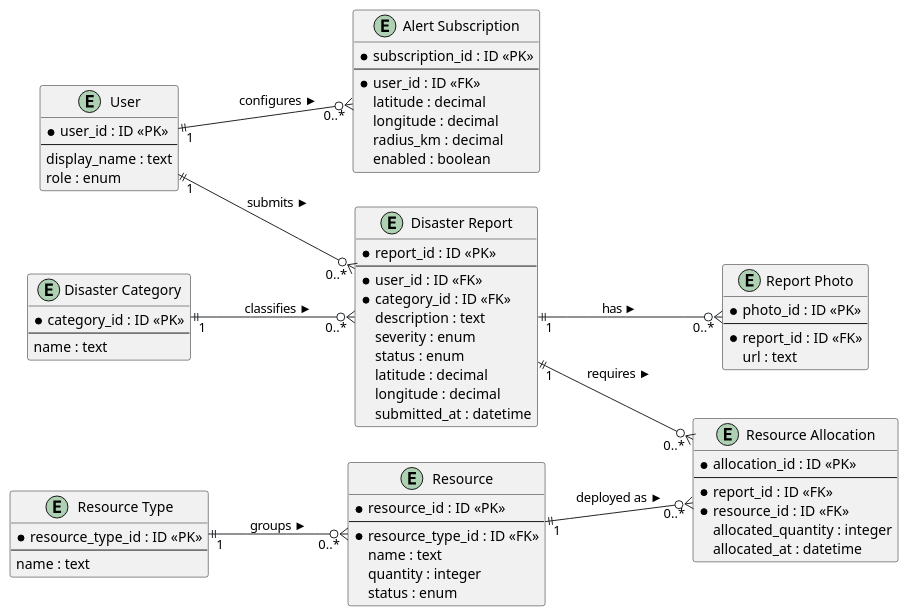
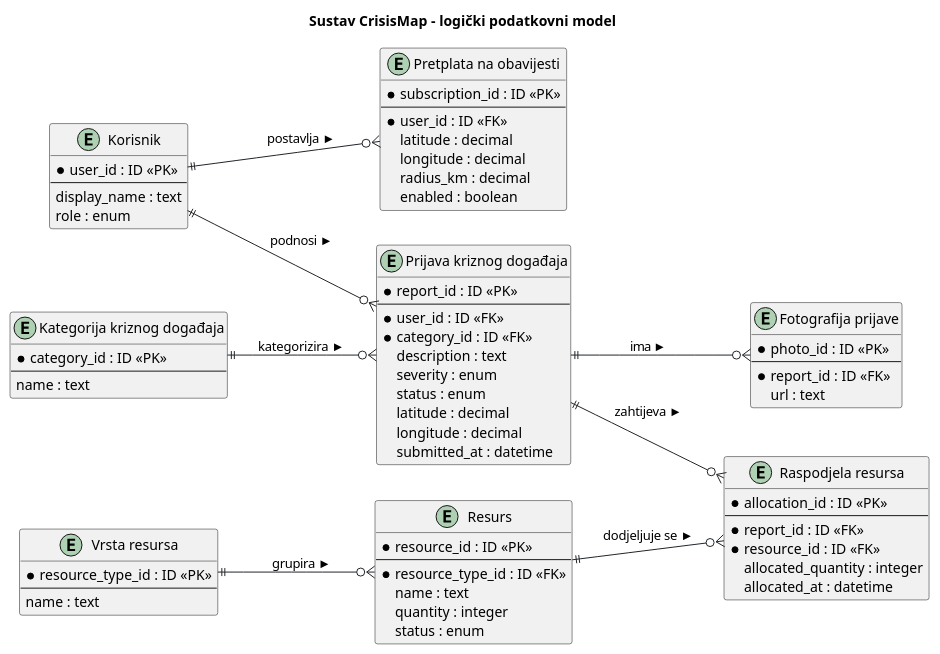
One commit to VladoSruk/Programsko-inzenjerstvo changed the diagram in docs/puml/4-2-crisismap-data-ERD.puml. Above: the diagram before and after it, drawn with PlantUML. The commit also changed other lines of this file and 9 other files, not shown here.

First line of the commit message:
docs(uml): osvježi i standardiziraj CrisisMap UML dokumentaciju

```diff
--- a/docs/puml/4-2-crisismap-data-ERD.puml
+++ b/docs/puml/4-2-crisismap-data-ERD.puml
@@ -41,130 +19,115 @@
 @startuml
-
-' ==============================================================================
-' Diagram Layout and Style
-' ==============================================================================
-
+title Sustav CrisisMap – logički podatkovni model
 left to right direction
 
 skinparam shadowing false
 skinparam defaultFontName Arial
+skinparam ArrowColor #212529
 
 skinparam entity {
     BackgroundColor #E7F1FF
     BorderColor #0D6EFD
     FontColor #212529
 }
 
-skinparam note {
-    BackgroundColor #F8F9FA
-    BorderColor #212529
-    FontColor #212529
-}
-
-skinparam ArrowColor #212529
-
 ' ==============================================================================
-' Core User Entity
+' Korisnik
 ' ==============================================================================
 
-entity "User" as User {
+entity "Korisnik" as User {
     * user_id : ID <<PK>>
     --
     display_name : text
     role : enum
 }
 
 ' ==============================================================================
-' Disaster Reporting Entities
+' Prijave kriznih događaja
 ' ==============================================================================
 
-entity "Disaster Report" as Report {
+entity "Prijava kriznog događaja" as Report {
     * report_id : ID <<PK>>
     --
     * user_id : ID <<FK>>
     * category_id : ID <<FK>>
     description : text
     severity : enum
     status : enum
     latitude : decimal
     longitude : decimal
     submitted_at : datetime
 }
 
-entity "Disaster Category" as Category {
+entity "Kategorija kriznog događaja" as Category {
     * category_id : ID <<PK>>
     --
     name : text
 }
 
-entity "Report Photo" as Photo {
+entity "Fotografija prijave" as Photo {
     * photo_id : ID <<PK>>
     --
     * report_id : ID <<FK>>
     url : text
 }
 
 ' ==============================================================================
-' Resource Entities
+' Resursi
 ' ==============================================================================
 
-entity "Resource" as Resource {
+entity "Resurs" as Resource {
     * resource_id : ID <<PK>>
     --
     * resource_type_id : ID <<FK>>
     name : text
     quantity : integer
     status : enum
 }
 
-entity "Resource Type" as ResourceType {
+entity "Vrsta resursa" as ResourceType {
     * resource_type_id : ID <<PK>>
     --
     name : text
 }
 
-entity "Resource Allocation" as Allocation {
+' Raspodjela je asocijativni entitet između prijave i resursa: jedna prijava
+' može zahtijevati više resursa, a isti se resurs može dodijeliti više puta.
+' Količina se bilježi na samoj vezi.
+entity "Raspodjela resursa" as Allocation {
     * allocation_id : ID <<PK>>
     --
     * report_id : ID <<FK>>
     * resource_id : ID <<FK>>
     allocated_quantity : integer
     allocated_at : datetime
 }
 
 ' ==============================================================================
-' Alert / Notification Preference Entity
+' Pretplata na obavijesti
 ' ==============================================================================
 
-entity "Alert Subscription" as Subscription {
+entity "Pretplata na obavijesti" as Subscription {
     * subscription_id : ID <<PK>>
     --
     * user_id : ID <<FK>>
     latitude : decimal
     longitude : decimal
     radius_km : decimal
     enabled : boolean
 }
 
 ' ==============================================================================
-' Entity Relationships
+' Veze između entiteta
 ' ==============================================================================
 
-User "1" ||--o{ "0..*" Report : submits ►
-Category "1" ||--o{ "0..*" Report : classifies ►
-Report "1" ||--o{ "0..*" Photo : has ►
+User ||--o{ Report : podnosi ►
+Category ||--o{ Report : kategorizira ►
+Report ||--o{ Photo : ima ►
 
-ResourceType "1" ||--o{ "0..*" Resource : groups ►
+ResourceType ||--o{ Resource : grupira ►
 
-Report "1" ||--o{ "0..*" Allocation : requires ►
-Resource "1" ||--o{ "0..*" Allocation : deployed as ►
+Report ||--o{ Allocation : zahtijeva ►
+Resource ||--o{ Allocation : dodjeljuje se ►
 
-User "1" ||--o{ "0..*" Subscription : configures ►
-
-' ==============================================================================
-' Design Guidance
-' ==============================================================================
-
-
-
+User ||--o{ Subscription : postavlja ►
 @enduml
```
